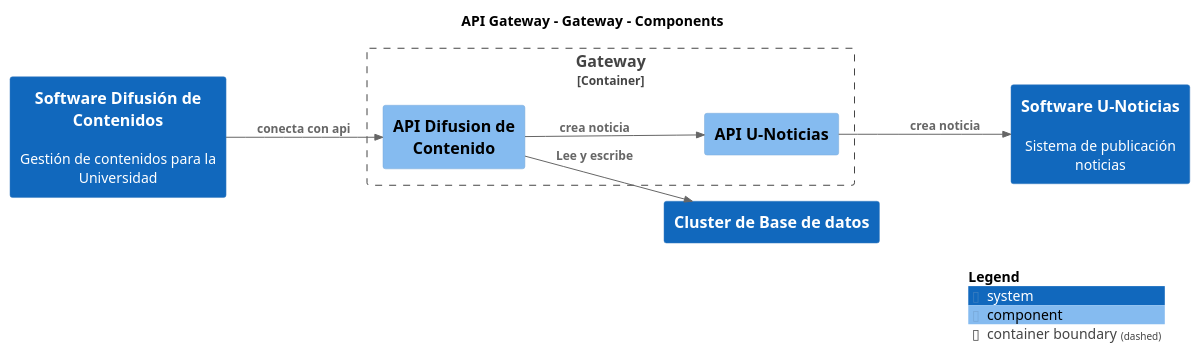
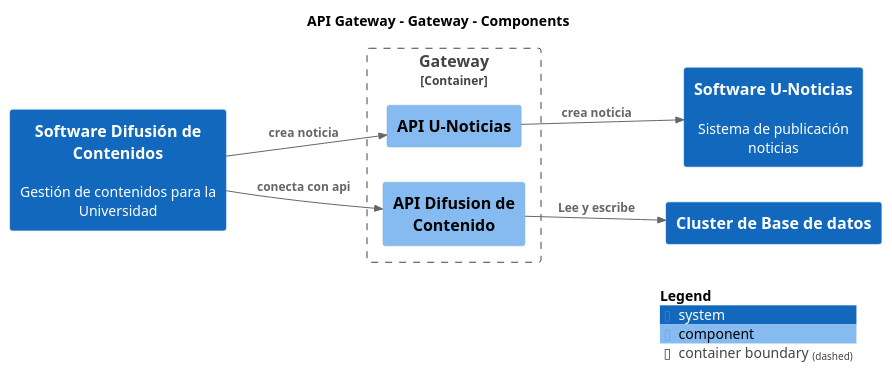
Before and after one commit to nbrx/c4-dcc-arq: the diagram in build/serve/master/puml/Component-001.puml, drawn with PlantUML. The commit also changed 160 other files, not shown here.

```diff
--- a/build/serve/master/puml/Component-001.puml
+++ b/build/serve/master/puml/Component-001.puml
@@ -1,26 +1,26 @@
 @startuml
 set separator none
 title API Gateway - Gateway - Components
 
 left to right direction
 
 !include <C4/C4>
 !include <C4/C4_Context>
 !include <C4/C4_Component>
 
 System(SoftwareUNoticias, "Software U-Noticias", "Sistema de publicación noticias", $tags="")
 System(ClusterdeBasededatos, "Cluster de Base de datos", "", $tags="")
 System(SoftwareDifusióndeContenidos, "Software Difusión de Contenidos", "Gestión de contenidos para la Universidad", $tags="")
 
 Container_Boundary("APIGateway.Gateway_boundary", "Gateway", $tags="") {
   Component(APIGateway.Gateway.APIUNoticias, "API U-Noticias", "", $tags="")
   Component(APIGateway.Gateway.APIDifusiondeContenido, "API Difusion de Contenido", "", $tags="")
 }
 
 Rel_D(APIGateway.Gateway.APIUNoticias, SoftwareUNoticias, "crea noticia", $tags="")
 Rel_D(SoftwareDifusióndeContenidos, APIGateway.Gateway.APIDifusiondeContenido, "conecta con api", $tags="")
 Rel_D(APIGateway.Gateway.APIDifusiondeContenido, ClusterdeBasededatos, "Lee y escribe", $tags="")
-Rel_D(APIGateway.Gateway.APIDifusiondeContenido, APIGateway.Gateway.APIUNoticias, "crea noticia", $tags="")
+Rel_D(SoftwareDifusióndeContenidos, APIGateway.Gateway.APIUNoticias, "crea noticia", $tags="")
 
 SHOW_LEGEND(true)
 @enduml
```
